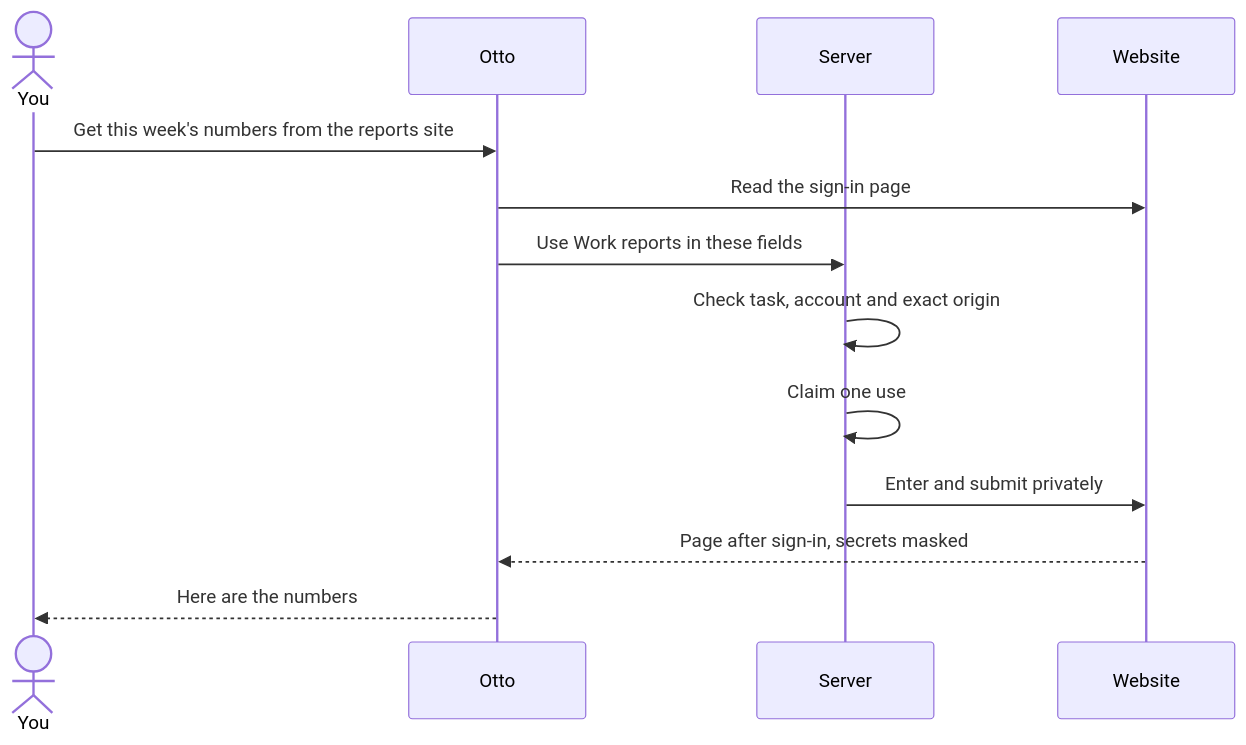
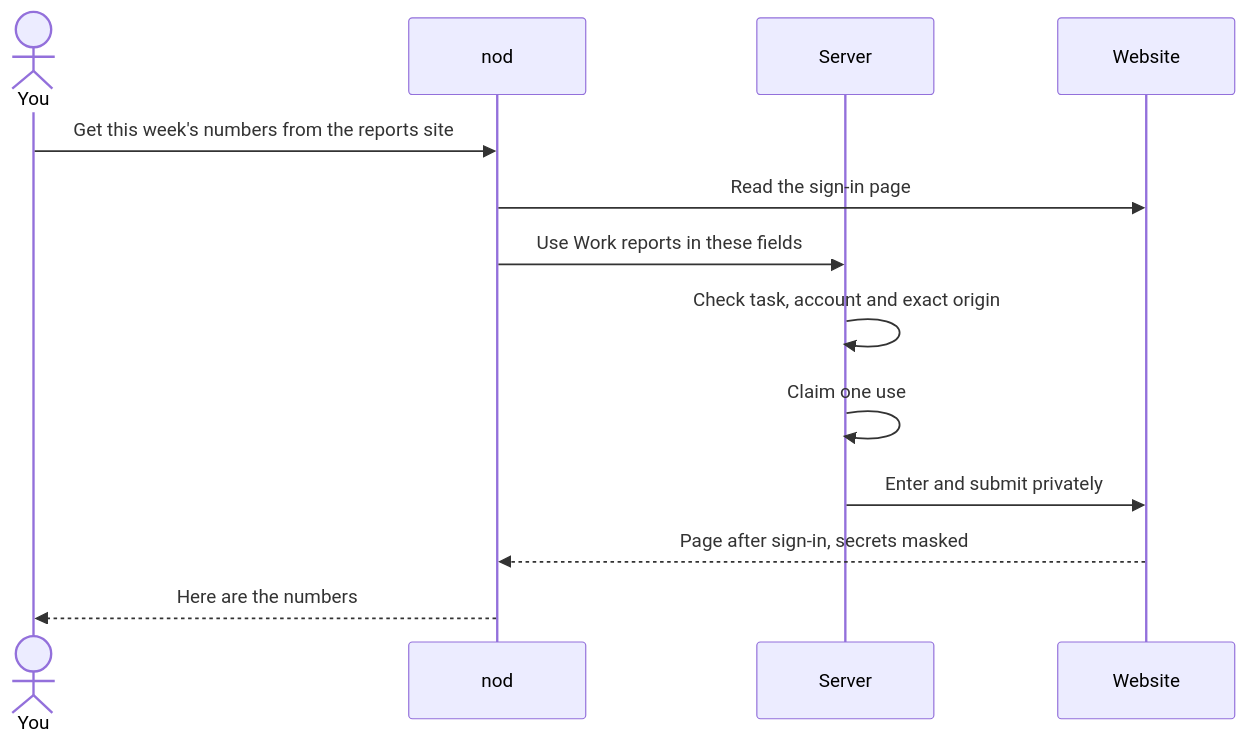
The diagram in docs/src/content/docs/trust/vault.mdx (KrishBhimani/nod), drawn with Mermaid before and after one commit. The commit also changed other lines of this file and 380 other files, not shown here.

Commit message:
feat!: rename Otto to nod (#398)

````diff
--- a/docs/src/content/docs/trust/vault.mdx
+++ b/docs/src/content/docs/trust/vault.mdx
@@ -36,15 +36,15 @@
 ```mermaid
 sequenceDiagram
   actor You
-  participant Otto
+  participant nod
   participant Server
   participant Site as Website
-  You->>Otto: Get this week's numbers from the reports site
-  Otto->>Site: Read the sign-in page
-  Otto->>Server: Use Work reports in these fields
+  You->>nod: Get this week's numbers from the reports site
+  nod->>Site: Read the sign-in page
+  nod->>Server: Use Work reports in these fields
   Server->>Server: Check task, account and exact origin
   Server->>Server: Claim one use
   Server->>Site: Enter and submit privately
-  Site-->>Otto: Page after sign-in, secrets masked
-  Otto-->>You: Here are the numbers
+  Site-->>nod: Page after sign-in, secrets masked
+  nod-->>You: Here are the numbers
 ```
````
